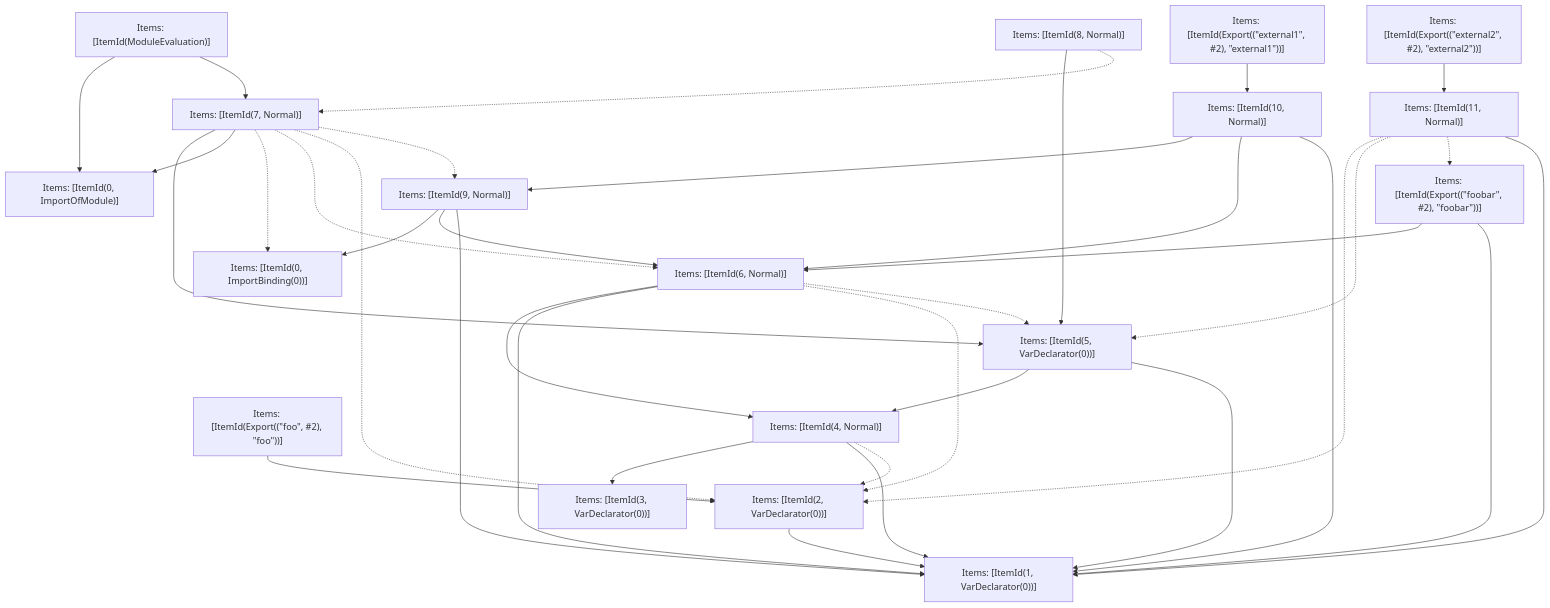
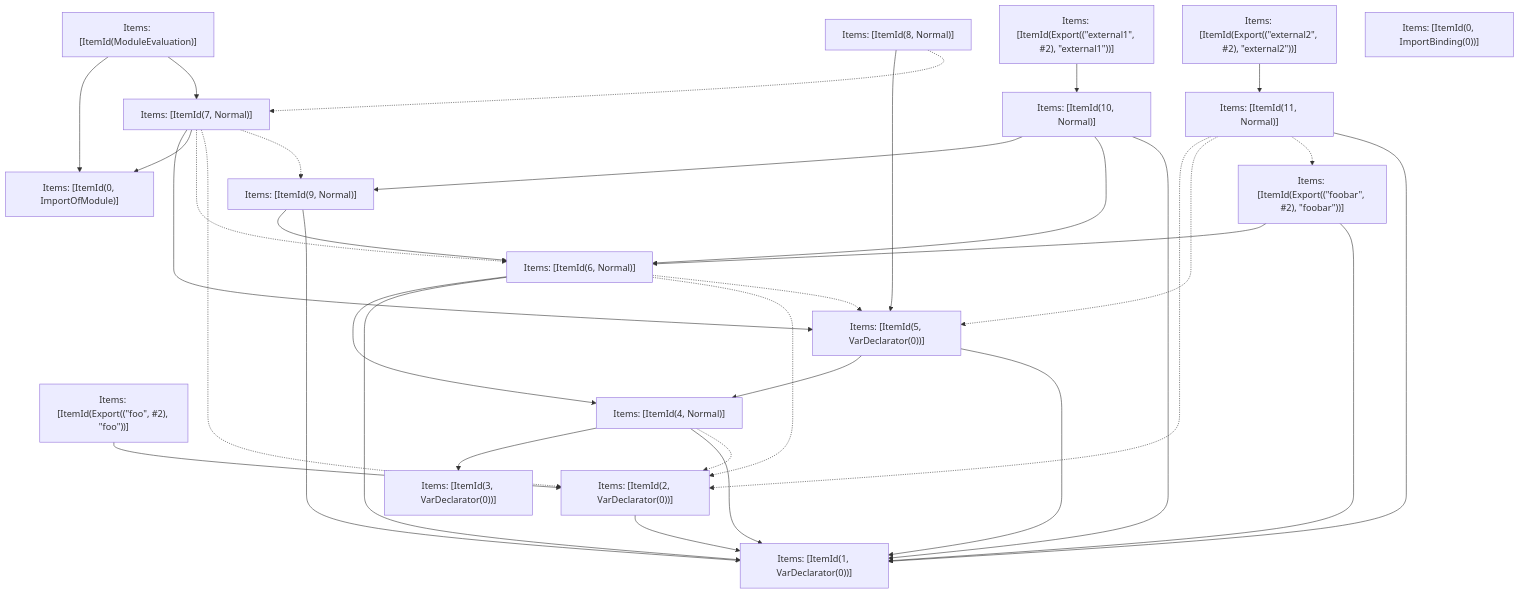
The fifth of 5 diagrams in turbopack/crates/turbopack-ecmascript/tests/tree-shaker/analyzer/1/output.md (phidol/next.js), drawn with Mermaid before and after one commit. The commit also changed other lines of this file and 64 other files, not shown here.

````diff
--- a/turbopack/crates/turbopack-ecmascript/tests/tree-shaker/analyzer/1/output.md
+++ b/turbopack/crates/turbopack-ecmascript/tests/tree-shaker/analyzer/1/output.md
@@ -349,56 +349,54 @@
 ```mermaid
 graph TD
-    N0["Items: [ItemId(0, ImportBinding(0))]"];
+    N0["Items: [ItemId(8, Normal)]"];
     N1["Items: [ItemId(0, ImportOfModule)]"];
     N2["Items: [ItemId(3, VarDeclarator(0))]"];
     N3["Items: [ItemId(1, VarDeclarator(0))]"];
     N4["Items: [ItemId(2, VarDeclarator(0))]"];
     N5["Items: [ItemId(Export((&quot;foo&quot;, #2), &quot;foo&quot;))]"];
     N6["Items: [ItemId(4, Normal)]"];
     N7["Items: [ItemId(5, VarDeclarator(0))]"];
     N8["Items: [ItemId(6, Normal)]"];
     N9["Items: [ItemId(9, Normal)]"];
     N10["Items: [ItemId(10, Normal)]"];
     N11["Items: [ItemId(Export((&quot;external1&quot;, #2), &quot;external1&quot;))]"];
     N12["Items: [ItemId(Export((&quot;foobar&quot;, #2), &quot;foobar&quot;))]"];
     N13["Items: [ItemId(11, Normal)]"];
     N14["Items: [ItemId(Export((&quot;external2&quot;, #2), &quot;external2&quot;))]"];
     N15["Items: [ItemId(7, Normal)]"];
     N16["Items: [ItemId(ModuleEvaluation)]"];
-    N17["Items: [ItemId(8, Normal)]"];
+    N17["Items: [ItemId(0, ImportBinding(0))]"];
     N4 --> N3;
     N6 --> N2;
     N6 --> N3;
     N6 -.-> N4;
     N7 --> N6;
     N7 --> N3;
     N8 --> N6;
     N8 --> N3;
     N8 -.-> N4;
     N8 -.-> N7;
     N15 --> N7;
     N15 --> N1;
-    N15 -.-> N0;
+    N16 --> N1;
     N15 -.-> N8;
     N15 -.-> N4;
     N15 -.-> N9;
-    N17 --> N7;
-    N17 -.-> N15;
+    N0 --> N7;
+    N0 -.-> N15;
     N12 --> N8;
     N12 --> N3;
     N5 --> N4;
     N11 --> N10;
     N14 --> N13;
-    N9 --> N0;
+    N16 --> N15;
     N9 --> N8;
     N9 --> N3;
     N10 --> N9;
     N10 --> N8;
     N10 --> N3;
     N13 -.-> N4;
     N13 -.-> N7;
     N13 -.-> N12;
     N13 --> N3;
-    N16 --> N1;
-    N16 --> N15;
 ```
````
